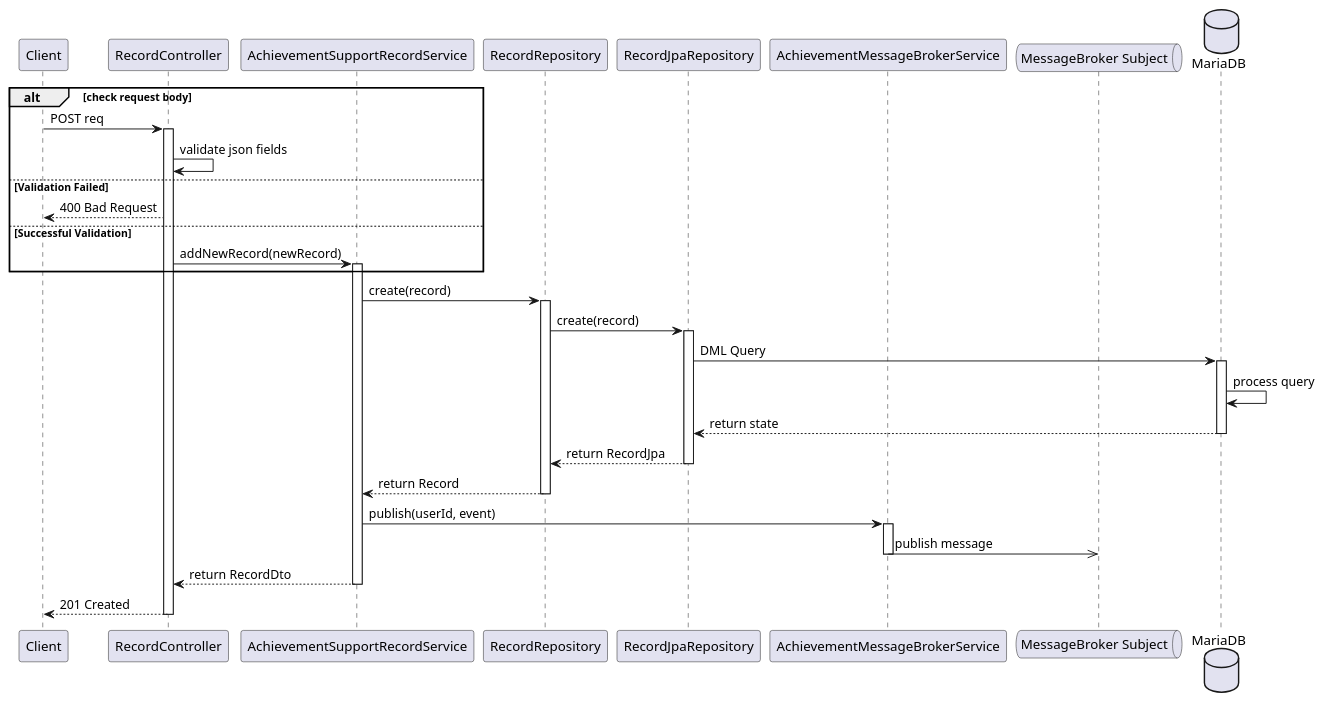
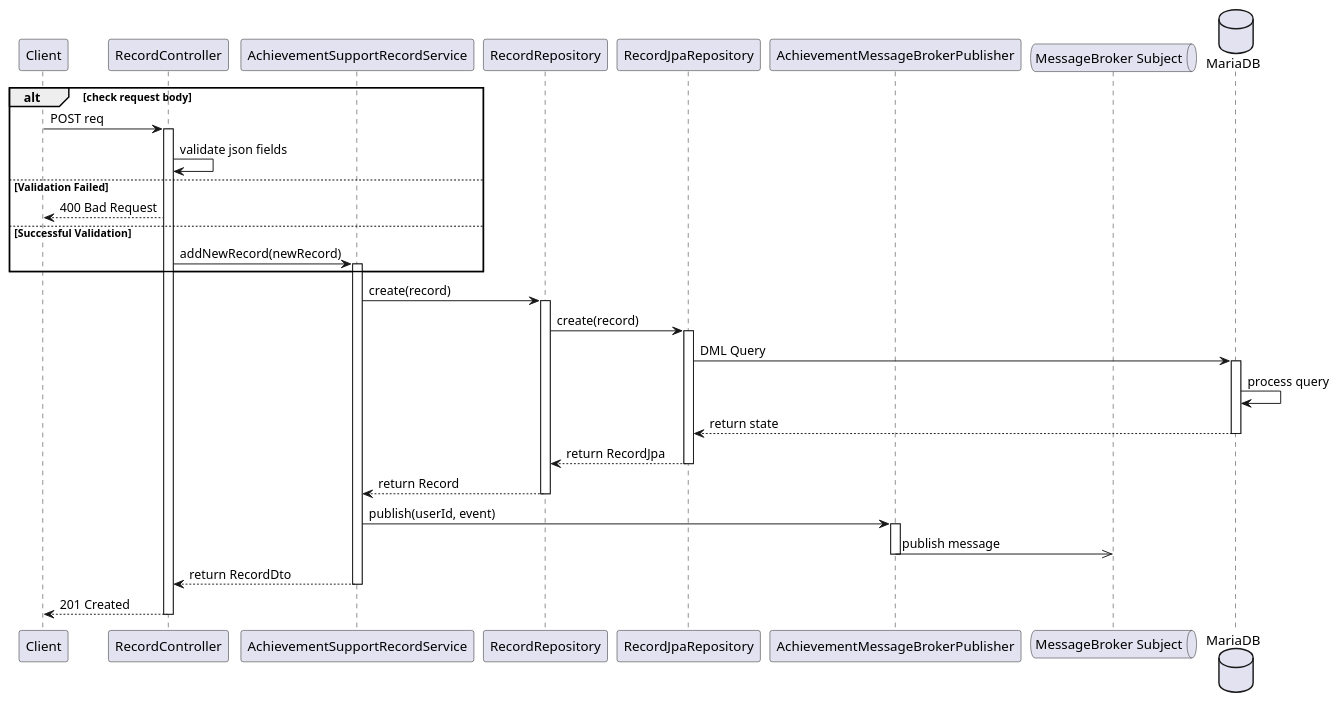
Before and after one commit to laurenci/hydrotrack: the diagram in schemas/uml/sequence/achievement_send_flow.puml, drawn with PlantUML. The commit also changed 30 other files, not shown here.

```diff
--- a/schemas/uml/sequence/achievement_send_flow.puml
+++ b/schemas/uml/sequence/achievement_send_flow.puml
@@ -1,55 +1,55 @@
 @startuml
 participant Client
 participant RecordController
 participant AchievementSupportRecordService
 participant RecordRepository
 participant RecordJpaRepository
-participant AchievementMessageBrokerService
+participant AchievementMessageBrokerPublisher
 queue "MessageBroker Subject" as mb
 database MariaDB
 
 alt check request body
 Client -> RecordController : POST req
 activate RecordController
 
 RecordController -> RecordController : validate json fields
 else Validation Failed
 RecordController --> Client : 400 Bad Request
 else Successful Validation
 RecordController -> AchievementSupportRecordService : addNewRecord(newRecord)
 activate AchievementSupportRecordService
 
 end
 
 AchievementSupportRecordService -> RecordRepository : create(record)
 activate RecordRepository
 
 RecordRepository -> RecordJpaRepository : create(record)
 activate RecordJpaRepository
 
 RecordJpaRepository -> MariaDB : DML Query
 activate MariaDB
 
 
 
 MariaDB -> MariaDB : process query
 MariaDB --> RecordJpaRepository : return state
 deactivate MariaDB
 
 RecordJpaRepository --> RecordRepository : return RecordJpa
 deactivate RecordJpaRepository
 
 RecordRepository --> AchievementSupportRecordService : return Record
 deactivate RecordRepository
 
-AchievementSupportRecordService -> AchievementMessageBrokerService : publish(userId, event)
-activate AchievementMessageBrokerService
-AchievementMessageBrokerService ->> mb : publish message
-deactivate AchievementMessageBrokerService
+AchievementSupportRecordService -> AchievementMessageBrokerPublisher : publish(userId, event)
+activate AchievementMessageBrokerPublisher
+AchievementMessageBrokerPublisher ->> mb : publish message
+deactivate AchievementMessageBrokerPublisher
 
 AchievementSupportRecordService --> RecordController : return RecordDto
 deactivate AchievementSupportRecordService
 
 RecordController --> Client : 201 Created
 deactivate RecordController
 @enduml
```
